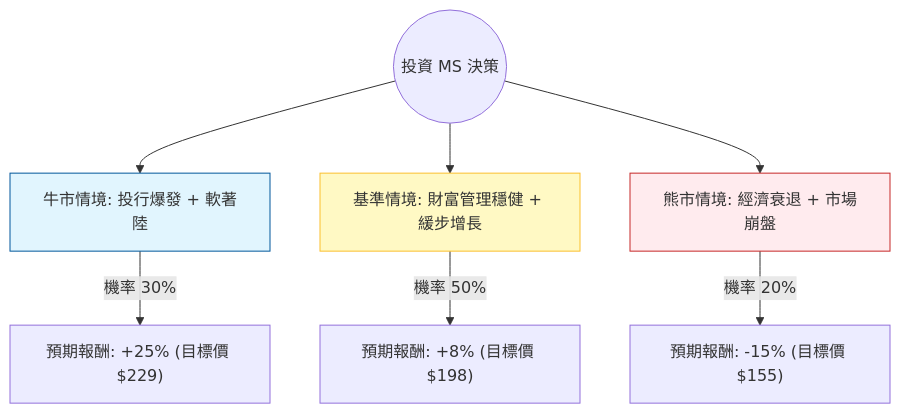
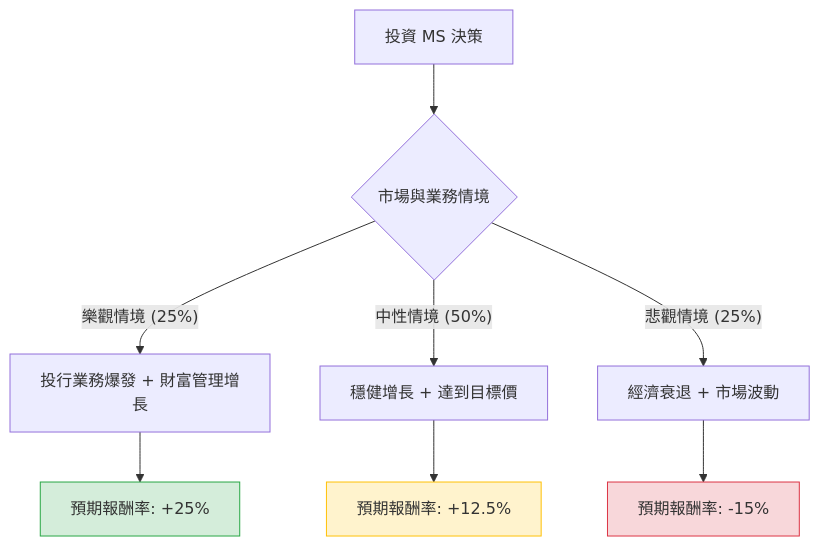
Before and after one commit to zmcx16/zmcx16.github.io: the diagram in plugin-react/ai-analysis/ev-analysis/MS.md, drawn with Mermaid. The commit also changed other lines of this file and 76 other files, not shown here.

````diff
--- a/plugin-react/ai-analysis/ev-analysis/MS.md
+++ b/plugin-react/ai-analysis/ev-analysis/MS.md
@@ -20,14 +20,16 @@
 ```mermaid
 graph TD
-    Start((投資 MS 決策)) --> Bull[牛市情境: 投行爆發 + 軟著陸]
-    Start --> Base[基準情境: 財富管理穩健 + 緩步增長]
-    Start --> Bear[熊市情境: 經濟衰退 + 市場崩盤]
+    A[投資 MS 決策] --> B{市場與業務情境}
+    
+    B -- 樂觀情境 (25%) --> C[投行業務爆發 + 財富管理增長]
+    B -- 中性情境 (50%) --> D[穩健增長 + 達到目標價]
+    B -- 悲觀情境 (25%) --> E[經濟衰退 + 市場波動]
 
-    Bull -- "機率 30%" --> Bull_Val["預期報酬: +25% (目標價 $229)"]
-    Base -- "機率 50%" --> Base_Val["預期報酬: +8% (目標價 $198)"]
-    Bear -- "機率 20%" --> Bear_Val["預期報酬: -15% (目標價 $155)"]
+    C --> C1[預期報酬率: +25%]
+    D --> D1[預期報酬率: +12.5%]
+    E --> E1[預期報酬率: -15%]
 
-    style Bull fill:#e1f5fe,stroke:#01579b
-    style Base fill:#fff9c4,stroke:#fbc02d
-    style Bear fill:#ffebee,stroke:#c62828
+    style C1 fill:#d4edda,stroke:#28a745
+    style D1 fill:#fff3cd,stroke:#ffc107
+    style E1 fill:#f8d7da,stroke:#dc3545
 ```
````
